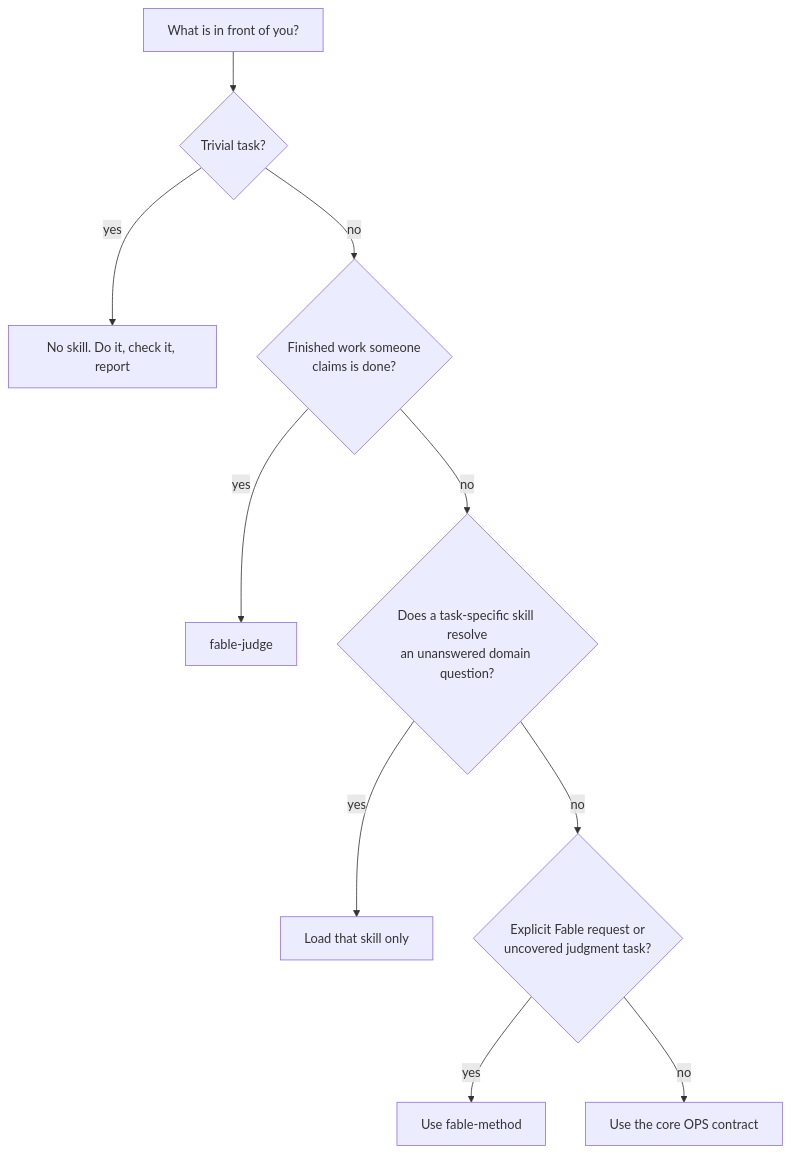
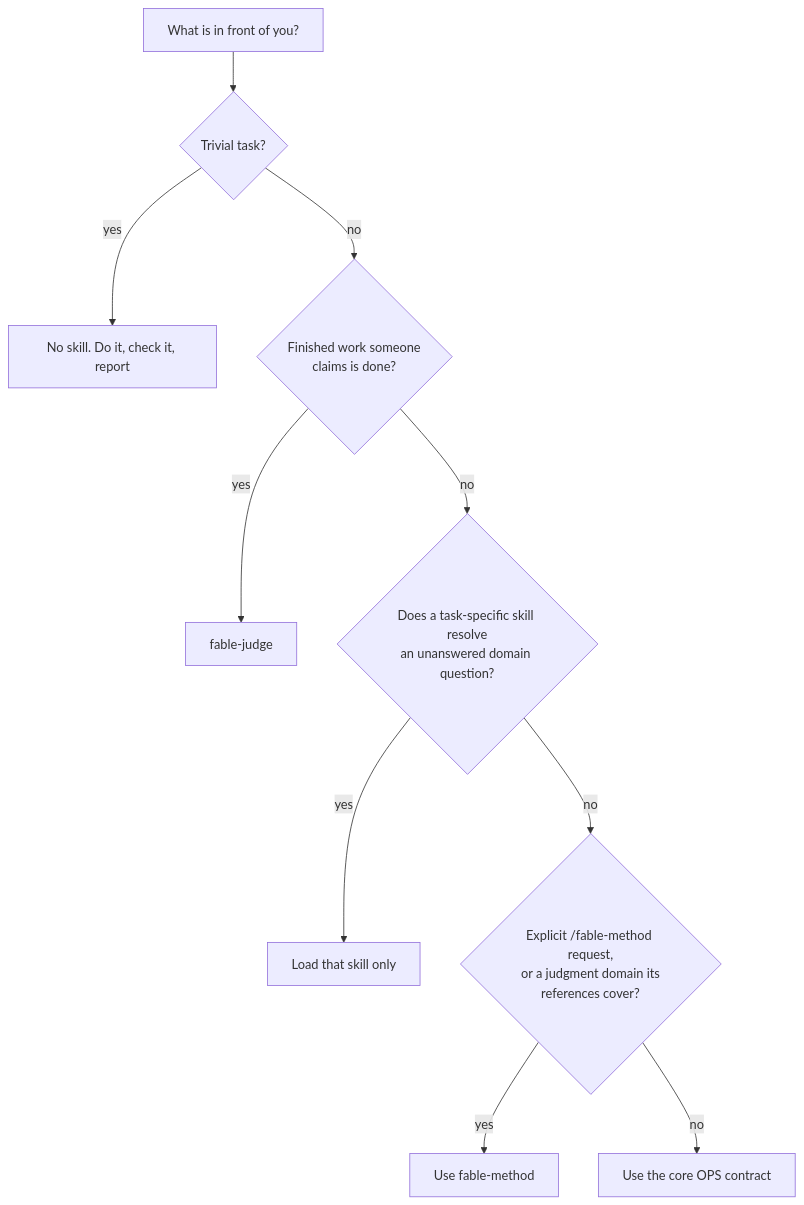
Before and after one commit to oleg494/coding-kit: the eighth of 8 diagrams in .agents/skills/fable-method/references/flowcharts.md, drawn with Mermaid. The commit also changed other lines of this file and 139 other files, not shown here.

````diff
--- a/.agents/skills/fable-method/references/flowcharts.md
+++ b/.agents/skills/fable-method/references/flowcharts.md
@@ -125,12 +125,12 @@
 ```mermaid
 flowchart TD
     Q["What is in front of you?"] --> A{"Trivial task?"}
     A -->|yes| NONE["No skill. Do it, check it, report"]
     A -->|no| B{"Finished work someone<br/>claims is done?"}
     B -->|yes| J["fable-judge"]
     B -->|no| C{"Does a task-specific skill resolve<br/>an unanswered domain question?"}
     C -->|yes| G["Load that skill only"]
-    C -->|no| D{"Explicit Fable request or<br/>uncovered judgment task?"}
+    C -->|no| D{"Explicit /fable-method request,<br/>or a judgment domain its<br/>references cover?"}
     D -->|yes| M["Use fable-method"]
     D -->|no| CORE["Use the core OPS contract"]
 ```
````
